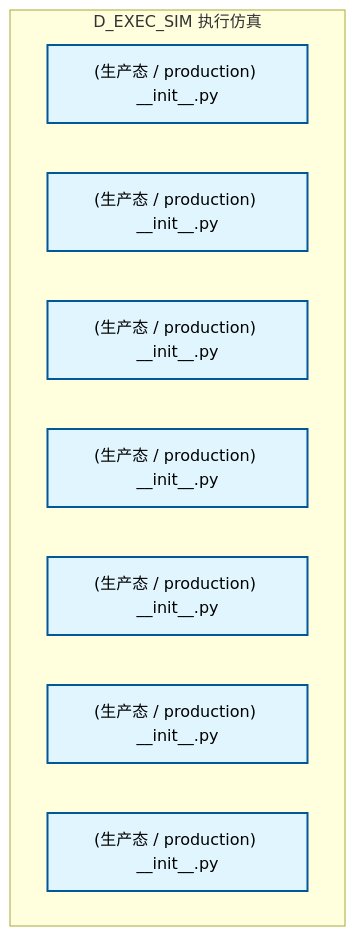
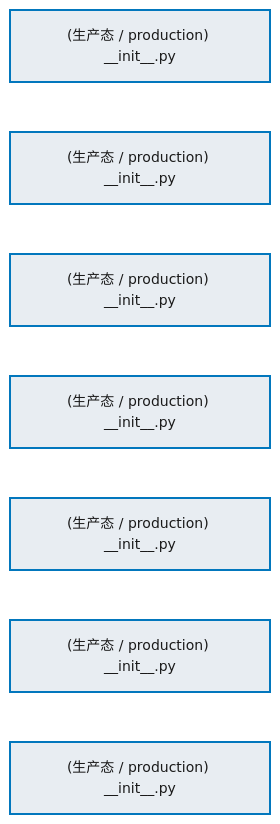
One commit to xuanFelixVan/ZephyrAlpha changed the first of 2 diagrams in docs/02_enterprise_architecture/02_domain_architecture_docs/43_d_exec_sim.md. Above: the diagram before and after it, drawn with Mermaid. The commit also changed other lines of this file and 76 other files, not shown here.

````diff
--- a/docs/02_enterprise_architecture/02_domain_architecture_docs/43_d_exec_sim.md
+++ b/docs/02_enterprise_architecture/02_domain_architecture_docs/43_d_exec_sim.md
@@ -67,17 +67,22 @@
 ```mermaid
-graph TD
-    subgraph D_EXEC_SIM["D_EXEC_SIM 执行仿真"]
-        src_zephyr_execution_simulation_init_py["(生产态 / production) __init__.py"]
-        src_zephyr_execution_simulation_extensions_init_py["(生产态 / production) __init__.py"]
-        src_zephyr_execution_simulation_api_init_py["(生产态 / production) __init__.py"]
-        src_zephyr_execution_simulation_core_init_py["(生产态 / production) __init__.py"]
-        src_zephyr_execution_simulation_infrastructure_init_py["(生产态 / production) __init__.py"]
-        src_zephyr_execution_simulation_models_init_py["(生产态 / production) __init__.py"]
-        src_zephyr_execution_simulation_services_init_py["(生产态 / production) __init__.py"]
-    end
-    classDef production fill:#e1f5fe,stroke:#01579b,stroke-width:2px,color:#000
-    classDef design fill:#fff3e0,stroke:#e65100,stroke-width:2px,color:#000,stroke-dasharray: 5 5
-    classDef external_prod fill:#e8f5e9,stroke:#1b5e20,stroke-width:1px,color:#000
-    classDef external_design fill:#fce4ec,stroke:#880e4f,stroke-width:1px,color:#000,stroke-dasharray: 5 5
+%%{init: {'theme': 'base', 'themeVariables': {'primaryColor': '#eaeaea', 'primaryTextColor': '#333333', 'primaryBorderColor': '#666666', 'lineColor': '#666666', 'secondaryColor': '#eaeaea', 'tertiaryColor': '#eaeaea', 'fontSize': '14px'}}}%%
+flowchart TD
+    src_zephyr_execution_simulation_init_py["(生产态 / production) __init__.py"]
+    src_zephyr_execution_simulation_extensions_init_py["(生产态 / production) __init__.py"]
+    src_zephyr_execution_simulation_api_init_py["(生产态 / production) __init__.py"]
+    src_zephyr_execution_simulation_core_init_py["(生产态 / production) __init__.py"]
+    src_zephyr_execution_simulation_infrastructure_init_py["(生产态 / production) __init__.py"]
+    src_zephyr_execution_simulation_models_init_py["(生产态 / production) __init__.py"]
+    src_zephyr_execution_simulation_services_init_py["(生产态 / production) __init__.py"]
+    src_zephyr_execution_simulation_init_py ~~~ src_zephyr_execution_simulation_extensions_init_py
+    src_zephyr_execution_simulation_extensions_init_py ~~~ src_zephyr_execution_simulation_api_init_py
+    src_zephyr_execution_simulation_api_init_py ~~~ src_zephyr_execution_simulation_core_init_py
+    src_zephyr_execution_simulation_core_init_py ~~~ src_zephyr_execution_simulation_infrastructure_init_py
+    src_zephyr_execution_simulation_infrastructure_init_py ~~~ src_zephyr_execution_simulation_models_init_py
+    src_zephyr_execution_simulation_models_init_py ~~~ src_zephyr_execution_simulation_services_init_py
+    classDef production fill:#e8edf2,stroke:#0277bd,stroke-width:2px,color:#1a1a1a
+    classDef design fill:#f0ebe3,stroke:#bf360c,stroke-width:2px,color:#1a1a1a,stroke-dasharray: 5 5
+    classDef external_prod fill:#e8efe9,stroke:#1b5e20,stroke-width:1px,color:#1a1a1a
+    classDef external_design fill:#efe5ea,stroke:#880e4f,stroke-width:1px,color:#1a1a1a,stroke-dasharray: 5 5
     class src_zephyr_execution_simulation_init_py,src_zephyr_execution_simulation_extensions_init_py,src_zephyr_execution_simulation_api_init_py,src_zephyr_execution_simulation_core_init_py,src_zephyr_execution_simulation_infrastructure_init_py,src_zephyr_execution_simulation_models_init_py,src_zephyr_execution_simulation_services_init_py production
 ```
````
